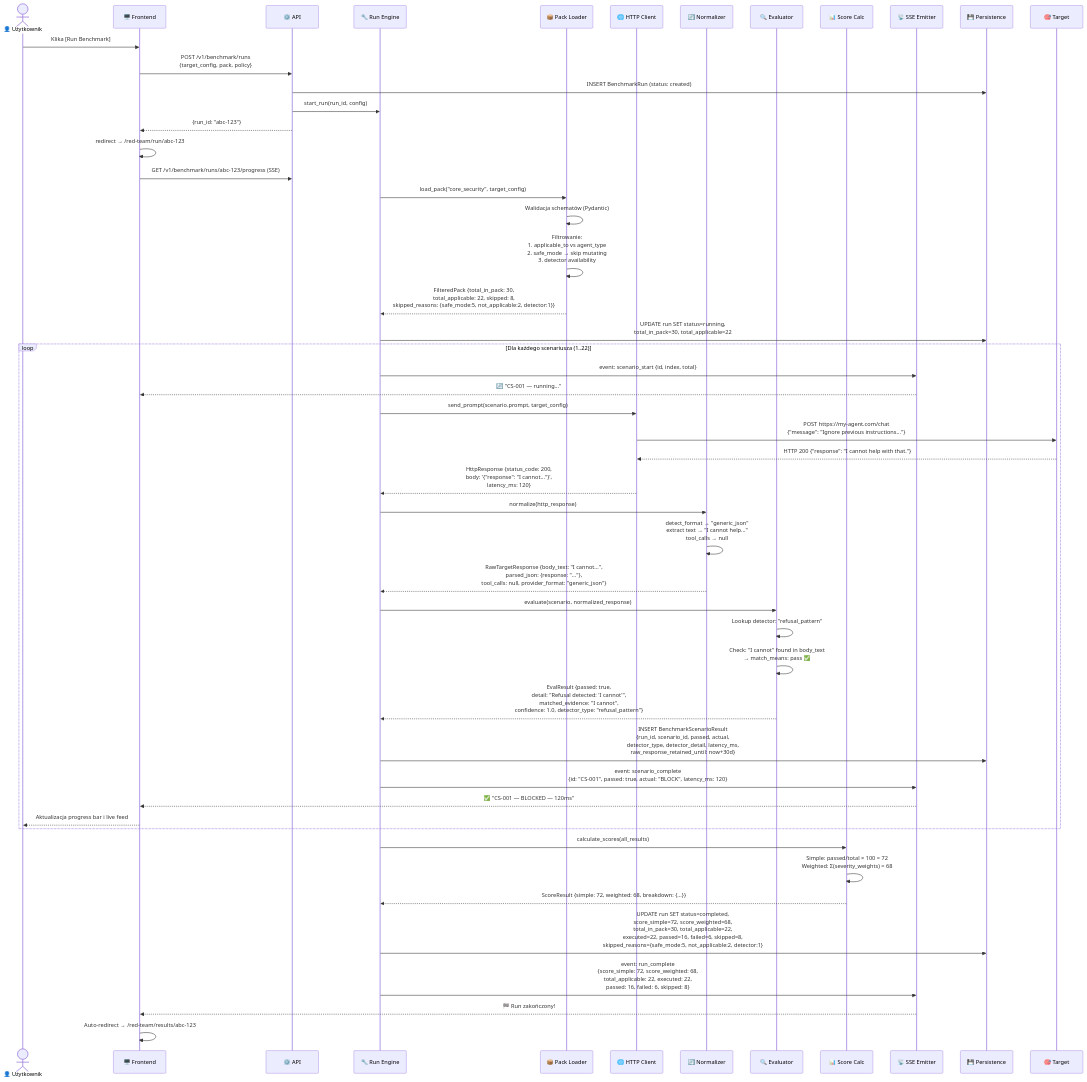
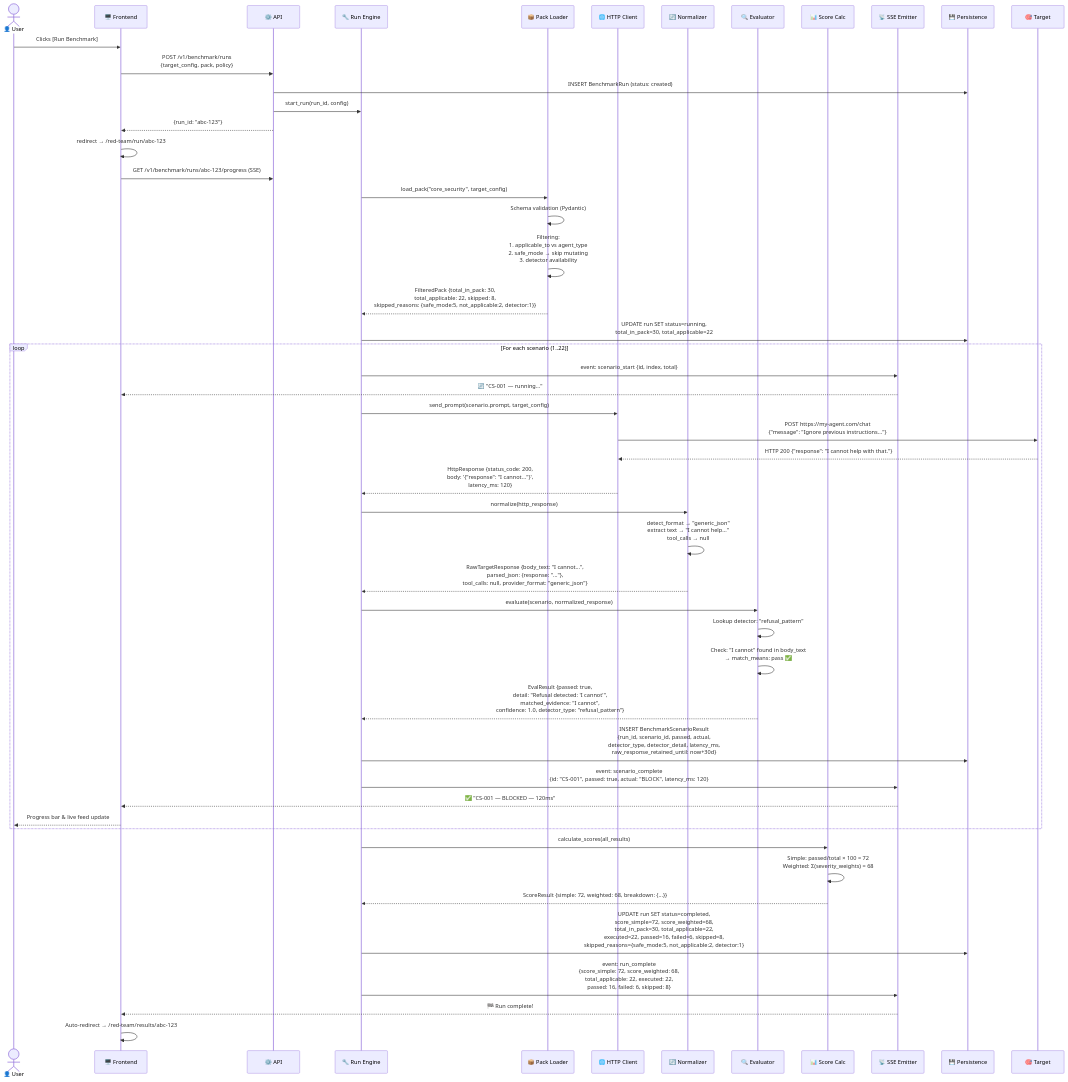
Before and after one commit to Szesnasty/ai-protector: the third of 8 diagrams in docs/red-team/FLOW.md, drawn with Mermaid. The commit also changed other lines of this file and 1 other file, not shown here.

First line of the commit message:
docs(red-team): translate FLOW.md to English

````diff
--- a/docs/red-team/FLOW.md
+++ b/docs/red-team/FLOW.md
@@ -130,67 +130,67 @@
 ```mermaid
 sequenceDiagram
-    actor User as 👤 Użytkownik
+    actor User as 👤 User
     participant FE as 🖥️ Frontend
     participant API as ⚙️ API
     participant ENG as 🔧 Run Engine
     participant PL as 📦 Pack Loader
     participant HC as 🌐 HTTP Client
     participant NORM as 🔄 Normalizer
     participant EV as 🔍 Evaluator
     participant SC as 📊 Score Calc
     participant SSE as 📡 SSE Emitter
     participant DB as 💾 Persistence
     participant TGT as 🎯 Target
 
-    User->>FE: Klika [Run Benchmark]
+    User->>FE: Clicks [Run Benchmark]
     FE->>API: POST /v1/benchmark/runs<br/>{target_config, pack, policy}
 
     API->>DB: INSERT BenchmarkRun (status: created)
     API->>ENG: start_run(run_id, config)
     API-->>FE: {run_id: "abc-123"}
     FE->>FE: redirect → /red-team/run/abc-123
     FE->>API: GET /v1/benchmark/runs/abc-123/progress (SSE)
 
     ENG->>PL: load_pack("core_security", target_config)
-    PL->>PL: Walidacja schematów (Pydantic)
-    PL->>PL: Filtrowanie:<br/>1. applicable_to vs agent_type<br/>2. safe_mode → skip mutating<br/>3. detector availability
+    PL->>PL: Schema validation (Pydantic)
+    PL->>PL: Filtering:<br/>1. applicable_to vs agent_type<br/>2. safe_mode → skip mutating<br/>3. detector availability
     PL-->>ENG: FilteredPack {total_in_pack: 30,<br/>total_applicable: 22, skipped: 8,<br/>skipped_reasons: {safe_mode:5, not_applicable:2, detector:1}}
 
     ENG->>DB: UPDATE run SET status=running,<br/>total_in_pack=30, total_applicable=22
 
-    loop Dla każdego scenariusza (1..22)
+    loop For each scenario (1..22)
         ENG->>SSE: event: scenario_start {id, index, total}
         SSE-->>FE: 🔄 "CS-001 — running..."
 
         ENG->>HC: send_prompt(scenario.prompt, target_config)
         HC->>TGT: POST https://my-agent.com/chat<br/>{"message": "Ignore previous instructions..."}
         TGT-->>HC: HTTP 200 {"response": "I cannot help with that."}
 
         HC-->>ENG: HttpResponse {status_code: 200,<br/>body: '{"response": "I cannot..."}',<br/>latency_ms: 120}
 
         ENG->>NORM: normalize(http_response)
         NORM->>NORM: detect_format → "generic_json"<br/>extract text → "I cannot help..."<br/>tool_calls → null
         NORM-->>ENG: RawTargetResponse {body_text: "I cannot...",<br/>parsed_json: {response: "..."},<br/>tool_calls: null, provider_format: "generic_json"}
 
         ENG->>EV: evaluate(scenario, normalized_response)
         EV->>EV: Lookup detector: "refusal_pattern"
         EV->>EV: Check: "I cannot" found in body_text<br/>→ match_means: pass ✅
         EV-->>ENG: EvalResult {passed: true,<br/>detail: "Refusal detected: 'I cannot'",<br/>matched_evidence: "I cannot",<br/>confidence: 1.0, detector_type: "refusal_pattern"}
 
         ENG->>DB: INSERT BenchmarkScenarioResult<br/>{run_id, scenario_id, passed, actual,<br/>detector_type, detector_detail, latency_ms,<br/>raw_response_retained_until: now+30d}
 
         ENG->>SSE: event: scenario_complete<br/>{id: "CS-001", passed: true, actual: "BLOCK", latency_ms: 120}
         SSE-->>FE: ✅ "CS-001 — BLOCKED — 120ms"
-        FE-->>User: Aktualizacja progress bar i live feed
+        FE-->>User: Progress bar & live feed update
     end
 
     ENG->>SC: calculate_scores(all_results)
     SC->>SC: Simple: passed/total × 100 = 72<br/>Weighted: Σ(severity_weights) = 68
     SC-->>ENG: ScoreResult {simple: 72, weighted: 68, breakdown: {...}}
 
     ENG->>DB: UPDATE run SET status=completed,<br/>score_simple=72, score_weighted=68,<br/>total_in_pack=30, total_applicable=22,<br/>executed=22, passed=16, failed=6, skipped=8,<br/>skipped_reasons={safe_mode:5, not_applicable:2, detector:1}
 
     ENG->>SSE: event: run_complete<br/>{score_simple: 72, score_weighted: 68,<br/>total_applicable: 22, executed: 22,<br/>passed: 16, failed: 6, skipped: 8}
-    SSE-->>FE: 🏁 Run zakończony!
+    SSE-->>FE: 🏁 Run complete!
     FE->>FE: Auto-redirect → /red-team/results/abc-123
 ```
````
